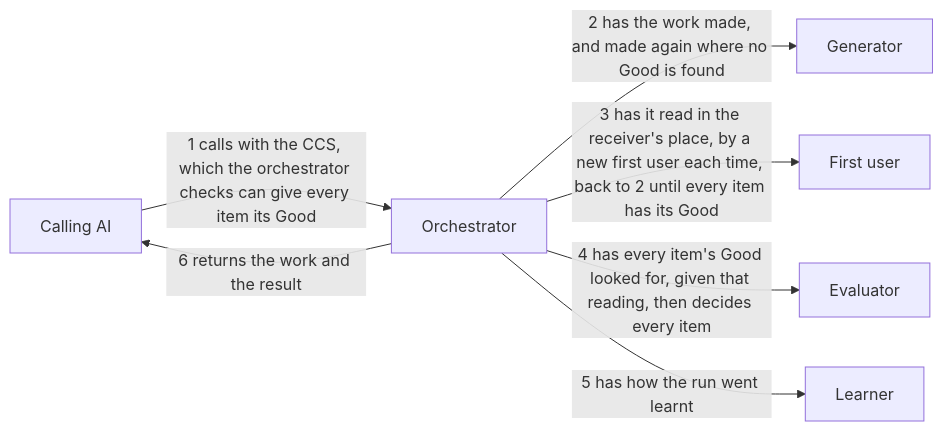
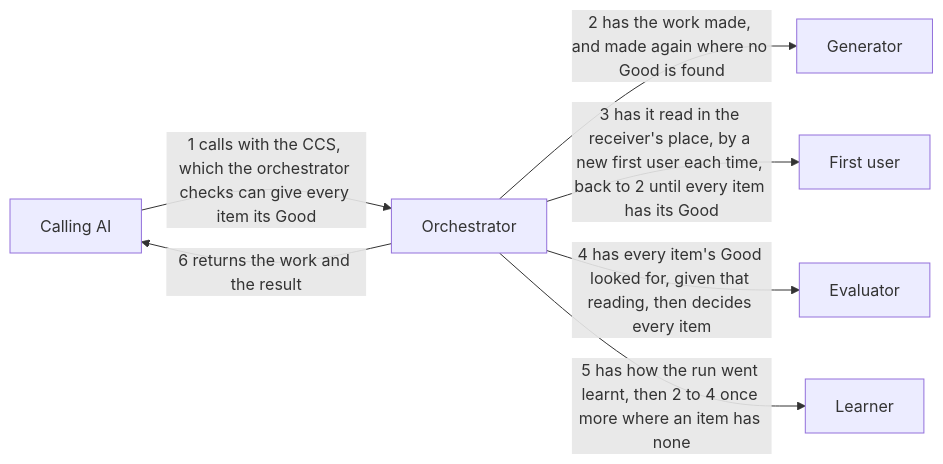
One commit to lovaizu/ccpm changed the diagram in dev/turn/design.md. Above: the diagram before and after it, drawn with Mermaid. The commit also changed other lines of this file, not shown here.

````diff
--- a/dev/turn/design.md
+++ b/dev/turn/design.md
@@ -21,15 +21,15 @@
 ```mermaid
 flowchart LR
   caller["Calling AI"]
   orch["Orchestrator"]
   gen["Generator"]
   fu["First user"]
   ev["Evaluator"]
   le["Learner"]
   caller -->|1 calls with the CCS, which the orchestrator checks can give every item its Good| orch
   orch -->|2 has the work made, and made again where no Good is found| gen
   orch -->|3 has it read in the receiver's place, by a new first user each time, back to 2 until every item has its Good| fu
   orch -->|4 has every item's Good looked for, given that reading, then decides every item| ev
-  orch -->|5 has how the run went learnt| le
+  orch -->|5 has how the run went learnt, then 2 to 4 once more where an item has none| le
   orch -->|6 returns the work and the result| caller
 ```
````
